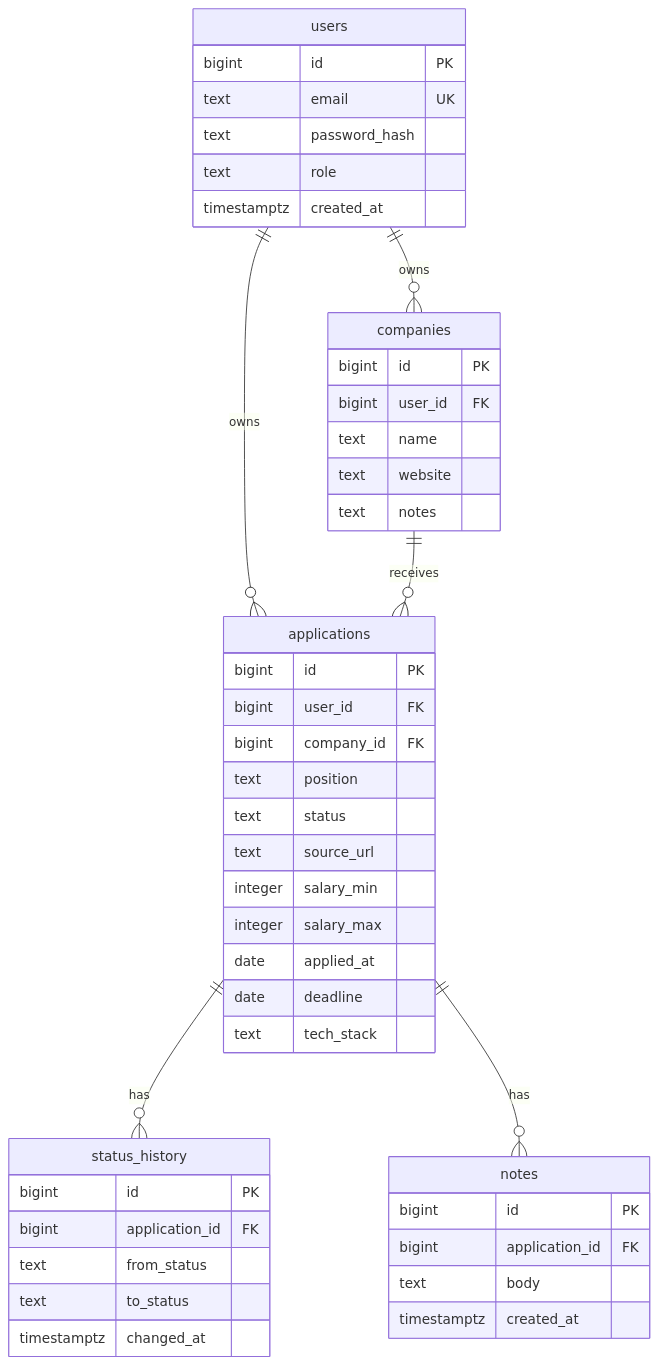
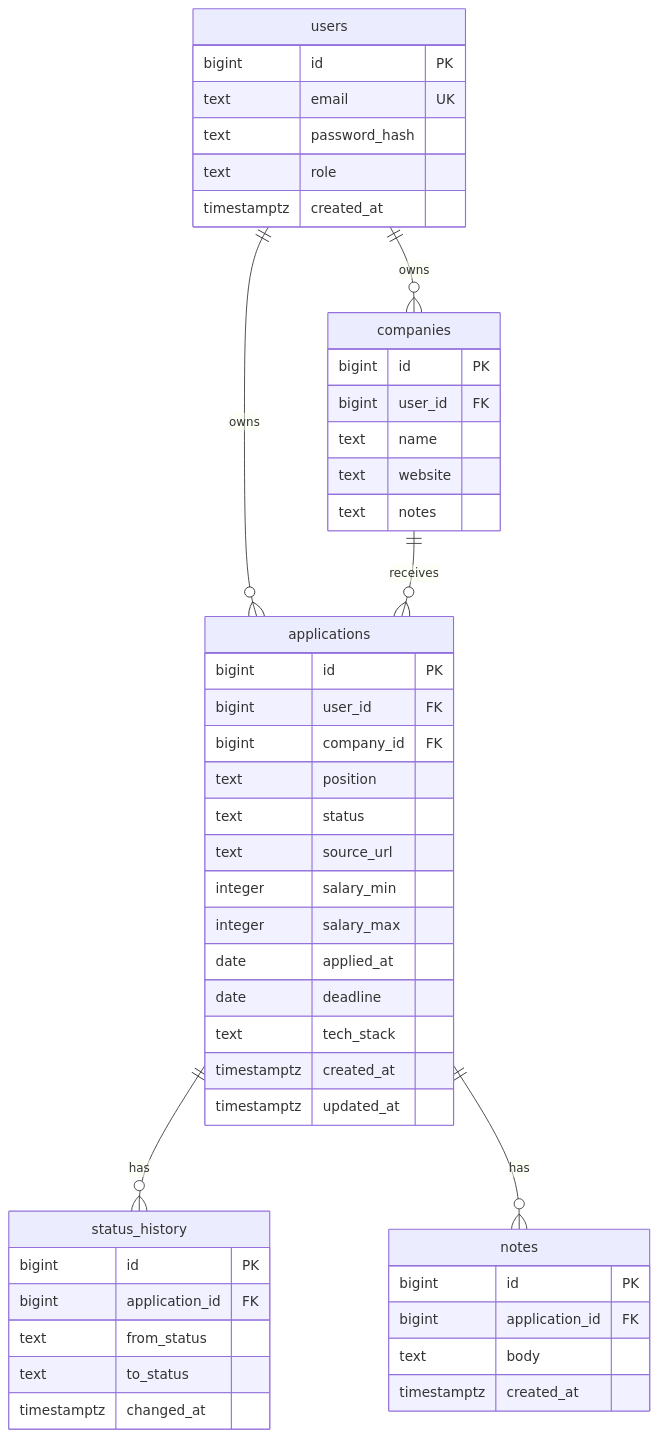
The diagram in docs/schema.md (dsupchuk/job-tracker), drawn with Mermaid before and after one commit. The commit also changed other lines of this file and 1 other file, not shown here.

First line of the commit message:
docs: sync schema with V1 and record backend stack decisions

````diff
--- a/docs/schema.md
+++ b/docs/schema.md
@@ -11,49 +11,51 @@
 ```mermaid
 erDiagram
     users ||--o{ companies : owns
     users ||--o{ applications : owns
     companies ||--o{ applications : "receives"
     applications ||--o{ status_history : "has"
     applications ||--o{ notes : "has"
 
     users {
         bigint id PK
         text email UK
         text password_hash
         text role
         timestamptz created_at
     }
     companies {
         bigint id PK
         bigint user_id FK
         text name
         text website
         text notes
     }
     applications {
         bigint id PK
         bigint user_id FK
         bigint company_id FK
         text position
         text status
         text source_url
         integer salary_min
         integer salary_max
         date applied_at
         date deadline
         text tech_stack
+        timestamptz created_at
+        timestamptz updated_at
     }
     status_history {
         bigint id PK
         bigint application_id FK
         text from_status
         text to_status
         timestamptz changed_at
     }
     notes {
         bigint id PK
         bigint application_id FK
         text body
         timestamptz created_at
     }
 ```
````
